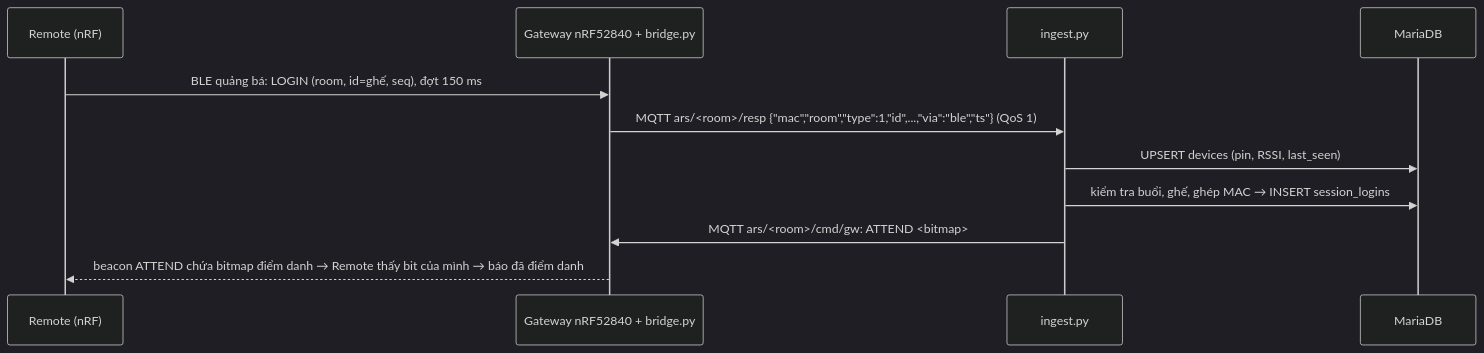
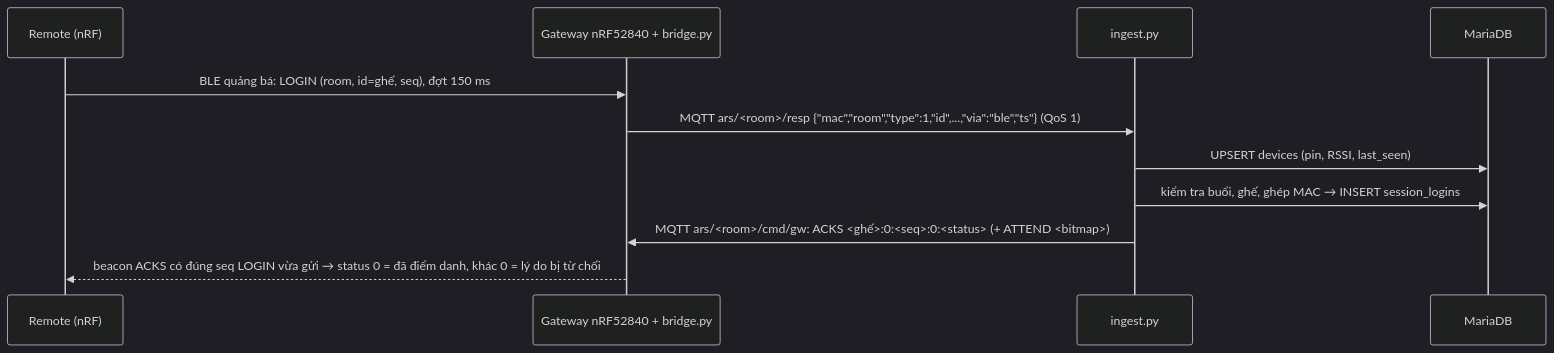
Before and after one commit to Rubydangoday/ars-server: the diagram in README.md, drawn with Mermaid (dark theme). The commit also changed other lines of this file and 23 other files, not shown here.

````diff
--- a/README.md
+++ b/README.md
@@ -161,13 +165,13 @@
 ```mermaid
 sequenceDiagram
     participant R as Remote (nRF)
     participant L as Gateway nRF52840 + bridge.py
     participant I as ingest.py
     participant D as MariaDB
     R->>L: BLE quảng bá: LOGIN (room, id=ghế, seq), đợt 150 ms
     L->>I: MQTT ars/<room>/resp {"mac","room","type":1,"id",...,"via":"ble","ts"} (QoS 1)
     I->>D: UPSERT devices (pin, RSSI, last_seen)
     I->>D: kiểm tra buổi, ghế, ghép MAC → INSERT session_logins
-    I->>L: MQTT ars/<room>/cmd/gw: ATTEND <bitmap>
-    L-->>R: beacon ATTEND chứa bitmap điểm danh → Remote thấy bit của mình → báo đã điểm danh
+    I->>L: MQTT ars/<room>/cmd/gw: ACKS <ghế>:0:<seq>:0:<status> (+ ATTEND <bitmap>)
+    L-->>R: beacon ACKS có đúng seq LOGIN vừa gửi → status 0 = đã điểm danh, khác 0 = lý do bị từ chối
 ```
````
